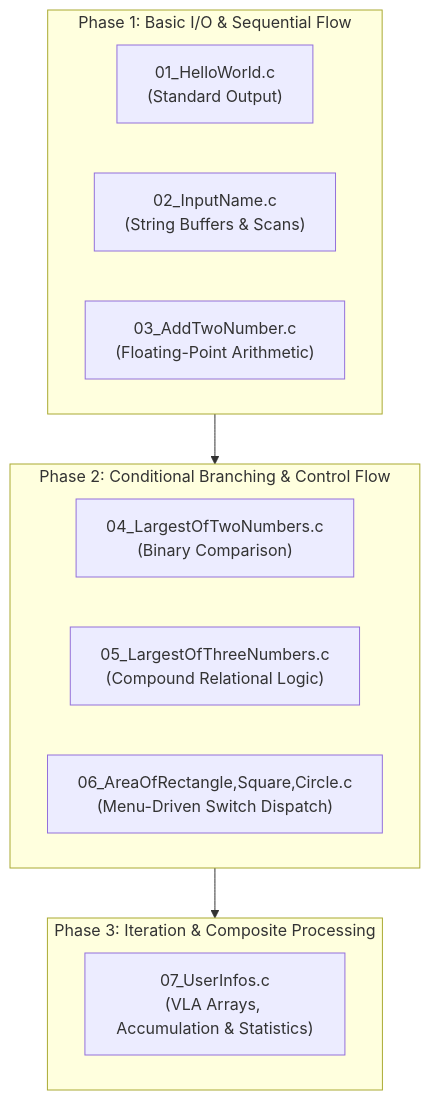
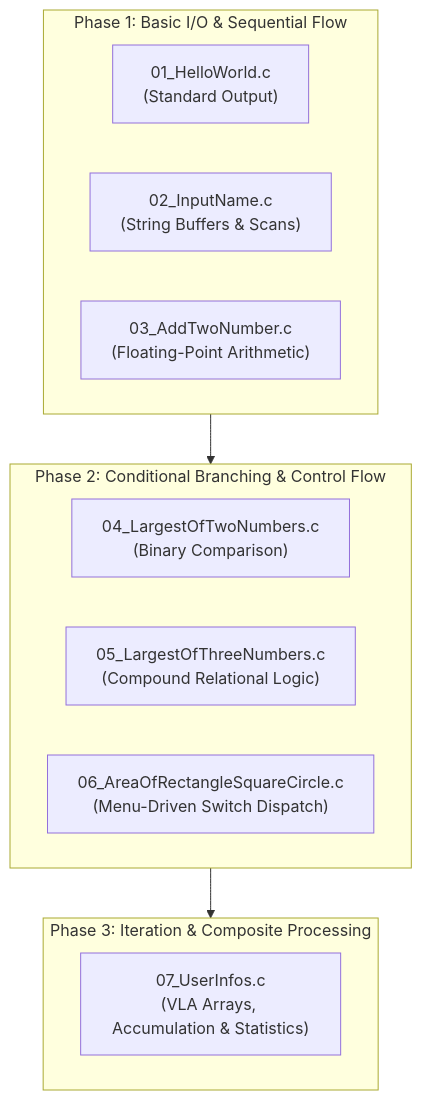
Before and after one commit to ashfakhm/CET_MCA_1st_Sem_C_Programming: the diagram in README.md, drawn with Mermaid. The commit also changed other lines of this file and 9 other files, not shown here.

````diff
--- a/README.md
+++ b/README.md
@@ -18,20 +18,20 @@
 ```mermaid
 flowchart TD
     subgraph S1 [Phase 1: Basic I/O & Sequential Flow]
         P1["01_HelloWorld.c<br/>(Standard Output)"]
         P2["02_InputName.c<br/>(String Buffers & Scans)"]
         P3["03_AddTwoNumber.c<br/>(Floating-Point Arithmetic)"]
     end
 
     subgraph S2 [Phase 2: Conditional Branching & Control Flow]
         P4["04_LargestOfTwoNumbers.c<br/>(Binary Comparison)"]
         P5["05_LargestOfThreeNumbers.c<br/>(Compound Relational Logic)"]
-        P6["06_AreaOfRectangle,Square,Circle.c<br/>(Menu-Driven Switch Dispatch)"]
+        P6["06_AreaOfRectangleSquareCircle.c<br/>(Menu-Driven Switch Dispatch)"]
     end
 
     subgraph S3 [Phase 3: Iteration & Composite Processing]
         P7["07_UserInfos.c<br/>(VLA Arrays, Accumulation & Statistics)"]
     end
 
     S1 --> S2 --> S3
 ```
````
